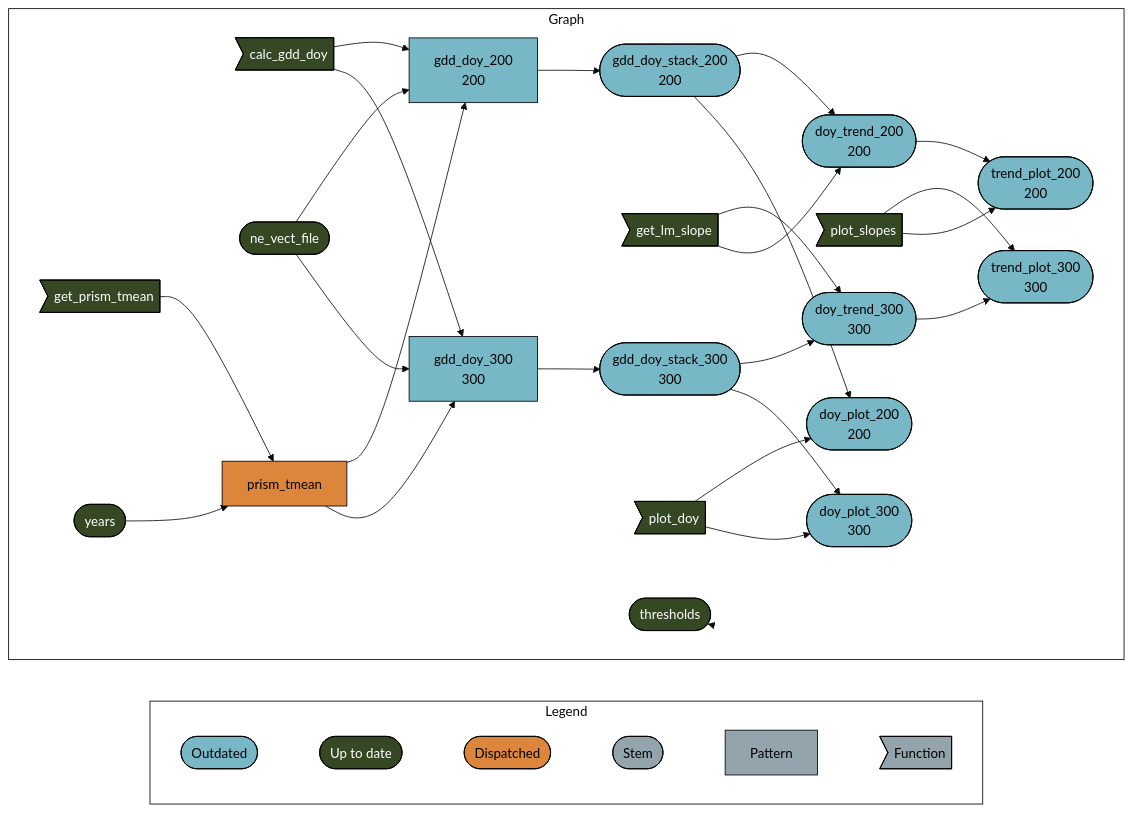
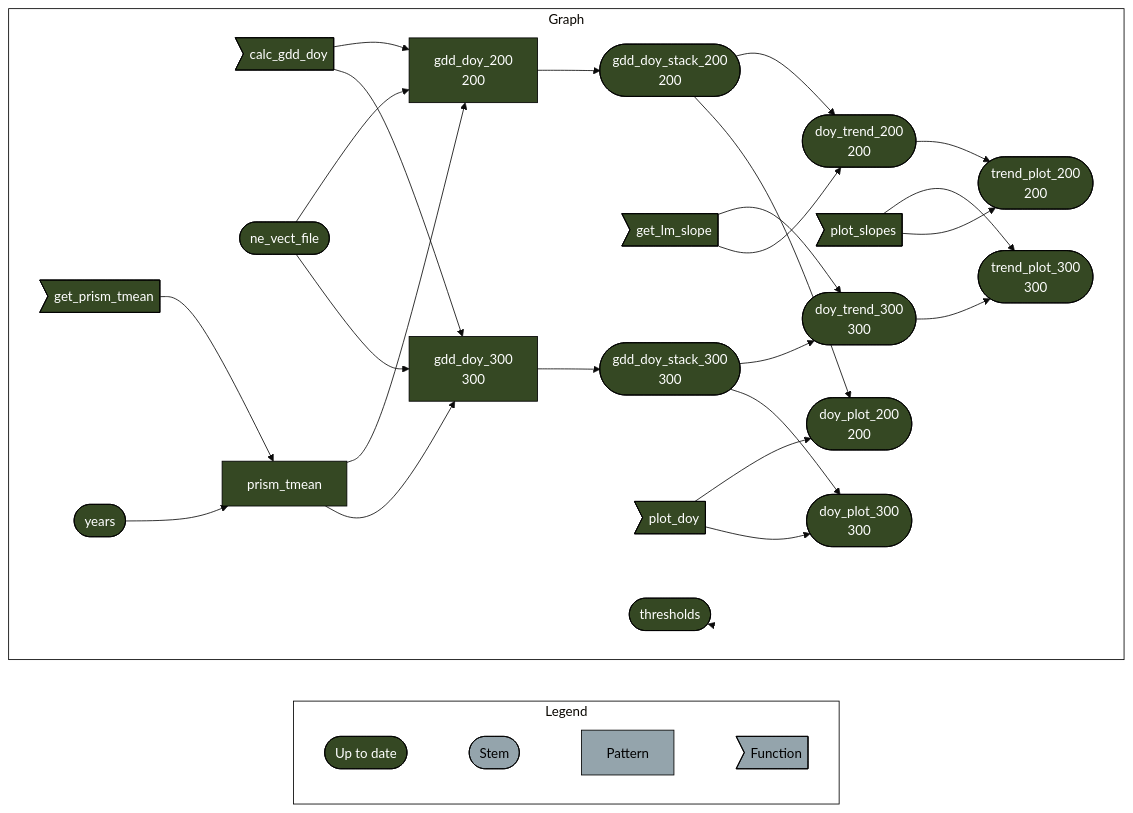
Before and after one commit to usa-npn/thermal-trends: the diagram in README.md, drawn with Mermaid (base theme). The commit also changed other lines of this file and 2 other files, not shown here.

Commit message:
add footer

````diff
--- a/README.md
+++ b/README.md
@@ -35,49 +36,43 @@
 ``` mermaid
 graph LR
   style Legend fill:#FFFFFF00,stroke:#000000;
   style Graph fill:#FFFFFF00,stroke:#000000;
   subgraph Legend
     direction LR
-    x0a52b03877696646([""Outdated""]):::outdated --- x7420bd9270f8d27d([""Up to date""]):::uptodate
-    x7420bd9270f8d27d([""Up to date""]):::uptodate --- xa8565c104d8f0705([""Dispatched""]):::dispatched
-    xa8565c104d8f0705([""Dispatched""]):::dispatched --- xbf4603d6c2c2ad6b([""Stem""]):::none
+    x7420bd9270f8d27d([""Up to date""]):::uptodate --- xbf4603d6c2c2ad6b([""Stem""]):::none
     xbf4603d6c2c2ad6b([""Stem""]):::none --- x70a5fa6bea6f298d[""Pattern""]:::none
     x70a5fa6bea6f298d[""Pattern""]:::none --- xf0bce276fe2b9d3e>""Function""]:::none
   end
   subgraph Graph
     direction LR
-    x09e654e88f35baa2(["gdd_doy_stack_300<br>300"]):::outdated --> xc5a47be3eb6c999f(["doy_trend_300<br>300"]):::outdated
-    xbfe90ebeeb7a071e>"get_lm_slope"]:::uptodate --> xc5a47be3eb6c999f(["doy_trend_300<br>300"]):::outdated
-    xe29acbe10e4acf5e["gdd_doy_200<br>200"]:::outdated --> x99fb079e151e8aaa(["gdd_doy_stack_200<br>200"]):::outdated
-    xc5a47be3eb6c999f(["doy_trend_300<br>300"]):::outdated --> x04dfda02c5bc958a(["trend_plot_300<br>300"]):::outdated
-    x298e720a0d38fbab>"plot_slopes"]:::uptodate --> x04dfda02c5bc958a(["trend_plot_300<br>300"]):::outdated
-    x251a9bbe1f58f2ec(["doy_trend_200<br>200"]):::outdated --> x371459079f39f627(["trend_plot_200<br>200"]):::outdated
-    x298e720a0d38fbab>"plot_slopes"]:::uptodate --> x371459079f39f627(["trend_plot_200<br>200"]):::outdated
-    x99fb079e151e8aaa(["gdd_doy_stack_200<br>200"]):::outdated --> x251a9bbe1f58f2ec(["doy_trend_200<br>200"]):::outdated
-    xbfe90ebeeb7a071e>"get_lm_slope"]:::uptodate --> x251a9bbe1f58f2ec(["doy_trend_200<br>200"]):::outdated
-    x388a2f32d8679472["gdd_doy_300<br>300"]:::outdated --> x09e654e88f35baa2(["gdd_doy_stack_300<br>300"]):::outdated
-    x99fb079e151e8aaa(["gdd_doy_stack_200<br>200"]):::outdated --> xee77e2ccce9f82c4(["doy_plot_200<br>200"]):::outdated
-    x13c8ccaa5d631ad7>"plot_doy"]:::uptodate --> xee77e2ccce9f82c4(["doy_plot_200<br>200"]):::outdated
-    x09e654e88f35baa2(["gdd_doy_stack_300<br>300"]):::outdated --> x029e34683ca15036(["doy_plot_300<br>300"]):::outdated
-    x13c8ccaa5d631ad7>"plot_doy"]:::uptodate --> x029e34683ca15036(["doy_plot_300<br>300"]):::outdated
-    xb88b325298077171>"calc_gdd_doy"]:::uptodate --> xe29acbe10e4acf5e["gdd_doy_200<br>200"]:::outdated
-    xd097f7e15f521741(["ne_vect_file"]):::uptodate --> xe29acbe10e4acf5e["gdd_doy_200<br>200"]:::outdated
-    xe4ea051685a102ce["prism_tmean"]:::dispatched --> xe29acbe10e4acf5e["gdd_doy_200<br>200"]:::outdated
-    xb88b325298077171>"calc_gdd_doy"]:::uptodate --> x388a2f32d8679472["gdd_doy_300<br>300"]:::outdated
-    xd097f7e15f521741(["ne_vect_file"]):::uptodate --> x388a2f32d8679472["gdd_doy_300<br>300"]:::outdated
-    xe4ea051685a102ce["prism_tmean"]:::dispatched --> x388a2f32d8679472["gdd_doy_300<br>300"]:::outdated
-    x4796032f25dfd47a>"get_prism_tmean"]:::uptodate --> xe4ea051685a102ce["prism_tmean"]:::dispatched
-    x25dbf37c6e783c25(["years"]):::uptodate --> xe4ea051685a102ce["prism_tmean"]:::dispatched
+    x09e654e88f35baa2(["gdd_doy_stack_300<br>300"]):::uptodate --> xc5a47be3eb6c999f(["doy_trend_300<br>300"]):::uptodate
+    xbfe90ebeeb7a071e>"get_lm_slope"]:::uptodate --> xc5a47be3eb6c999f(["doy_trend_300<br>300"]):::uptodate
+    xe29acbe10e4acf5e["gdd_doy_200<br>200"]:::uptodate --> x99fb079e151e8aaa(["gdd_doy_stack_200<br>200"]):::uptodate
+    xc5a47be3eb6c999f(["doy_trend_300<br>300"]):::uptodate --> x04dfda02c5bc958a(["trend_plot_300<br>300"]):::uptodate
+    x298e720a0d38fbab>"plot_slopes"]:::uptodate --> x04dfda02c5bc958a(["trend_plot_300<br>300"]):::uptodate
+    x251a9bbe1f58f2ec(["doy_trend_200<br>200"]):::uptodate --> x371459079f39f627(["trend_plot_200<br>200"]):::uptodate
+    x298e720a0d38fbab>"plot_slopes"]:::uptodate --> x371459079f39f627(["trend_plot_200<br>200"]):::uptodate
+    x99fb079e151e8aaa(["gdd_doy_stack_200<br>200"]):::uptodate --> x251a9bbe1f58f2ec(["doy_trend_200<br>200"]):::uptodate
+    xbfe90ebeeb7a071e>"get_lm_slope"]:::uptodate --> x251a9bbe1f58f2ec(["doy_trend_200<br>200"]):::uptodate
+    x388a2f32d8679472["gdd_doy_300<br>300"]:::uptodate --> x09e654e88f35baa2(["gdd_doy_stack_300<br>300"]):::uptodate
+    x99fb079e151e8aaa(["gdd_doy_stack_200<br>200"]):::uptodate --> xee77e2ccce9f82c4(["doy_plot_200<br>200"]):::uptodate
+    x13c8ccaa5d631ad7>"plot_doy"]:::uptodate --> xee77e2ccce9f82c4(["doy_plot_200<br>200"]):::uptodate
+    x09e654e88f35baa2(["gdd_doy_stack_300<br>300"]):::uptodate --> x029e34683ca15036(["doy_plot_300<br>300"]):::uptodate
+    x13c8ccaa5d631ad7>"plot_doy"]:::uptodate --> x029e34683ca15036(["doy_plot_300<br>300"]):::uptodate
+    xb88b325298077171>"calc_gdd_doy"]:::uptodate --> xe29acbe10e4acf5e["gdd_doy_200<br>200"]:::uptodate
+    xd097f7e15f521741(["ne_vect_file"]):::uptodate --> xe29acbe10e4acf5e["gdd_doy_200<br>200"]:::uptodate
+    xe4ea051685a102ce["prism_tmean"]:::uptodate --> xe29acbe10e4acf5e["gdd_doy_200<br>200"]:::uptodate
+    xb88b325298077171>"calc_gdd_doy"]:::uptodate --> x388a2f32d8679472["gdd_doy_300<br>300"]:::uptodate
+    xd097f7e15f521741(["ne_vect_file"]):::uptodate --> x388a2f32d8679472["gdd_doy_300<br>300"]:::uptodate
+    xe4ea051685a102ce["prism_tmean"]:::uptodate --> x388a2f32d8679472["gdd_doy_300<br>300"]:::uptodate
+    x4796032f25dfd47a>"get_prism_tmean"]:::uptodate --> xe4ea051685a102ce["prism_tmean"]:::uptodate
+    x25dbf37c6e783c25(["years"]):::uptodate --> xe4ea051685a102ce["prism_tmean"]:::uptodate
     x548139ace4ace77c(["thresholds"]):::uptodate --> x548139ace4ace77c(["thresholds"]):::uptodate
   end
-  classDef outdated stroke:#000000,color:#000000,fill:#78B7C5;
   classDef uptodate stroke:#000000,color:#ffffff,fill:#354823;
-  classDef dispatched stroke:#000000,color:#000000,fill:#DC863B;
   classDef none stroke:#000000,color:#000000,fill:#94a4ac;
   linkStyle 0 stroke-width:0px;
   linkStyle 1 stroke-width:0px;
   linkStyle 2 stroke-width:0px;
-  linkStyle 3 stroke-width:0px;
-  linkStyle 4 stroke-width:0px;
-  linkStyle 27 stroke-width:0px;
+  linkStyle 25 stroke-width:0px;
 ```
````
